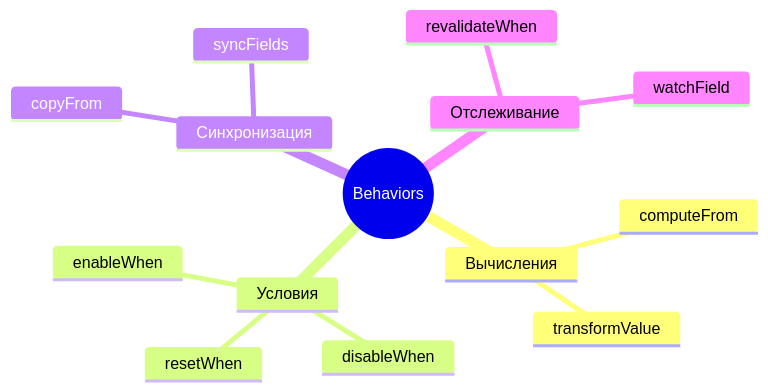
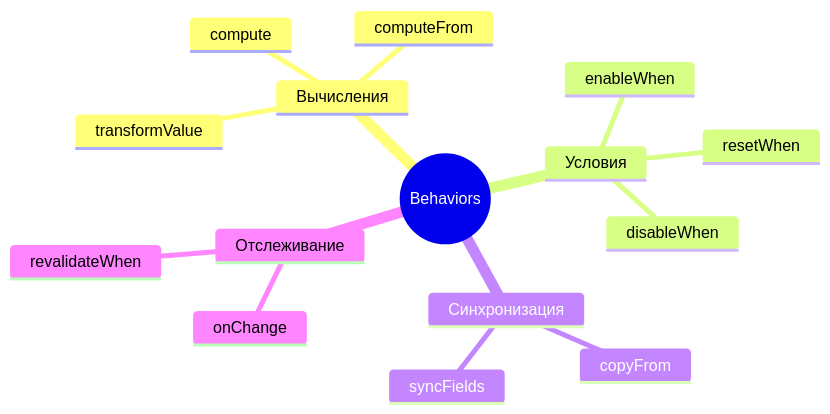
Before and after one commit to AlexandrBukhtatyy/ReFormer: the first of 7 diagrams in docs/behaviors.md, drawn with Mermaid. The commit also changed other lines of this file and 4 other files, not shown here.

````diff
--- a/docs/behaviors.md
+++ b/docs/behaviors.md
@@ -7,17 +9,18 @@
 ```mermaid
 mindmap
   root((Behaviors))
     Вычисления
+      compute
       computeFrom
       transformValue
     Условия
       enableWhen
       disableWhen
       resetWhen
     Синхронизация
       copyFrom
       syncFields
     Отслеживание
-      watchField
+      onChange
       revalidateWhen
 ```
````
